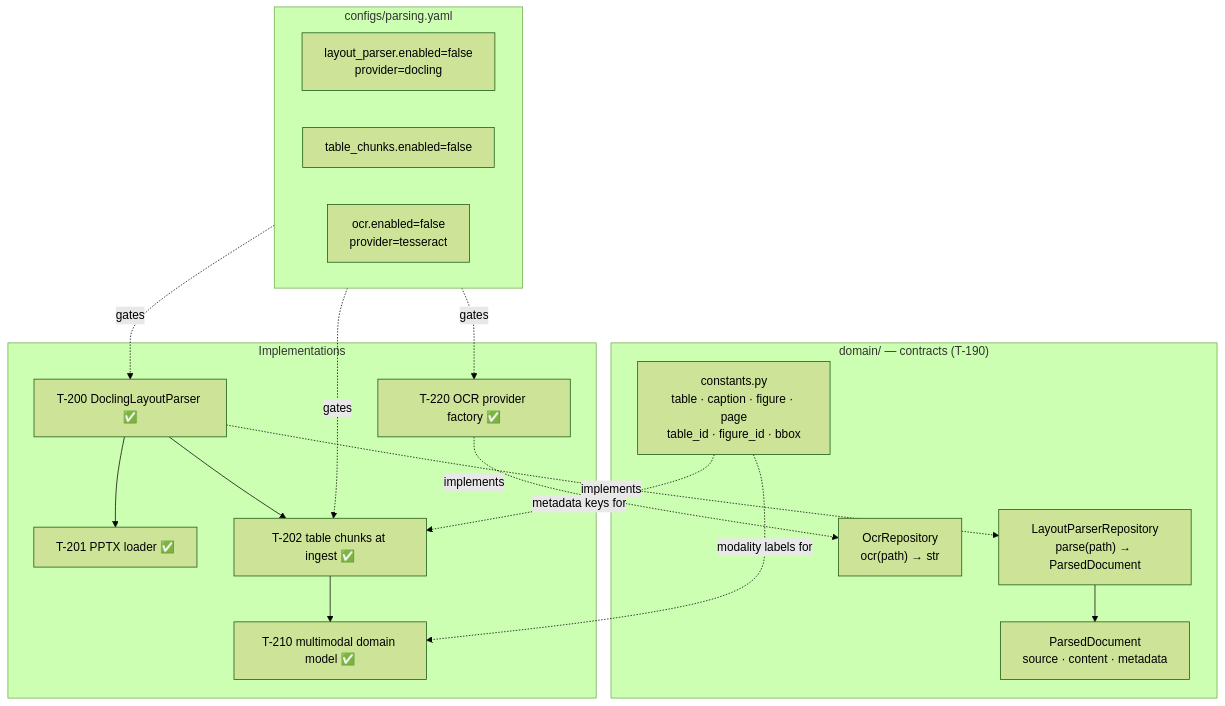
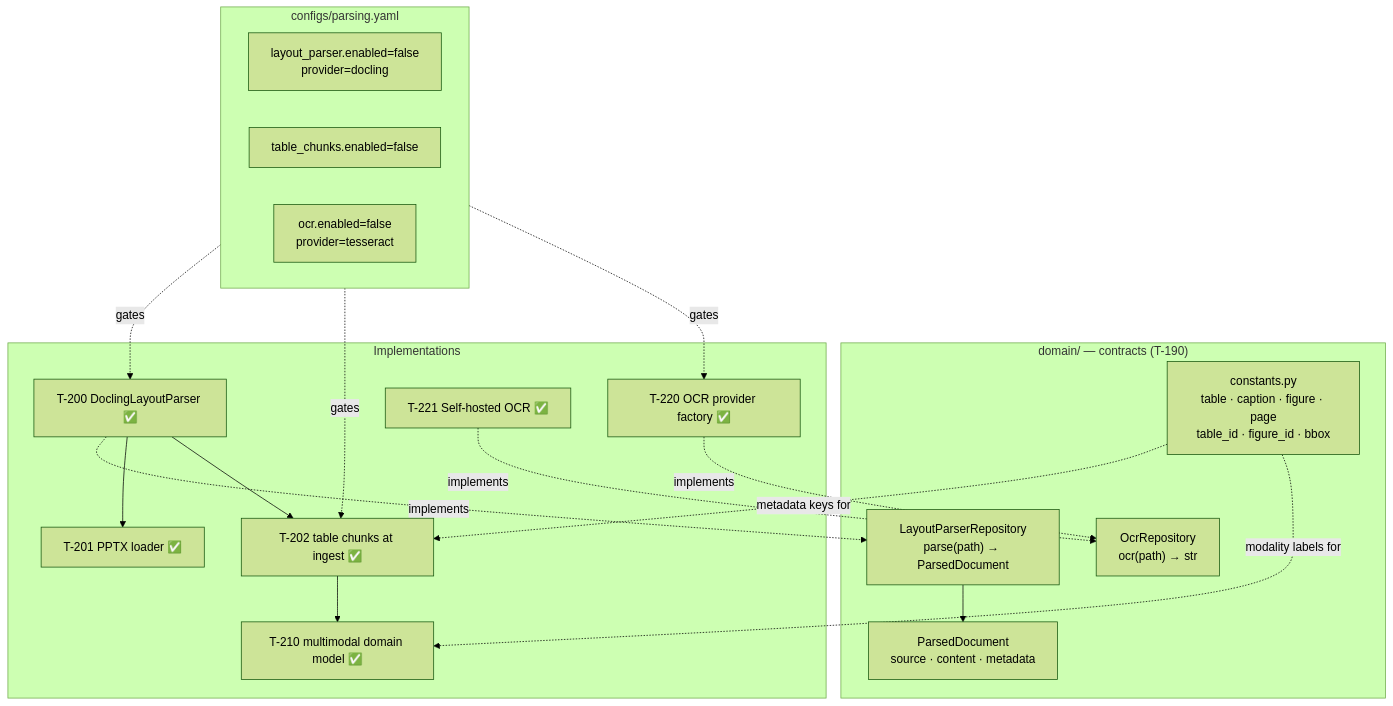
Before and after one commit to ealbertoav/rag_platform: the fourth of 22 diagrams in README.md, drawn with Mermaid (forest theme). The commit also changed other lines of this file and 8 other files, not shown here.

First line of the commit message:
Add self-hosted OCR providers (`tesseract`, `easyocr`, `docling`) via Docling (T-221):

````diff
--- a/README.md
+++ b/README.md
@@ -582,35 +582,37 @@
 ```mermaid
 flowchart TB
     subgraph DOMAIN["domain/ — contracts (T-190)"]
         LPR["LayoutParserRepository<br/>parse(path) → ParsedDocument"]
         OCR["OcrRepository<br/>ocr(path) → str"]
         PD["ParsedDocument<br/>source · content · metadata"]
         CONST["constants.py<br/>table · caption · figure · page<br/>table_id · figure_id · bbox"]
     end
 
     subgraph CONFIG["configs/parsing.yaml"]
         LPSET["layout_parser.enabled=false<br/>provider=docling"]
         TCSET["table_chunks.enabled=false"]
         OCRSET["ocr.enabled=false<br/>provider=tesseract"]
     end
 
     subgraph IMPL["Implementations"]
         T200["T-200 DoclingLayoutParser ✅"]
         T201["T-201 PPTX loader ✅"]
         T202["T-202 table chunks at ingest ✅"]
         T210["T-210 multimodal domain model ✅"]
         T220["T-220 OCR provider factory ✅"]
+        T221["T-221 Self-hosted OCR ✅"]
     end
 
     LPR --> PD
     CONFIG -.->|gates| T200
     CONFIG -.->|gates| T202
     CONFIG -.->|gates| T220
     T200 -.->|implements| LPR
     T220 -.->|implements| OCR
+    T221 -.->|implements| OCR
     T200 --> T201
     T200 --> T202
     T202 --> T210
     CONST -.->|metadata keys for| T202
     CONST -.->|modality labels for| T210
 ```
````
